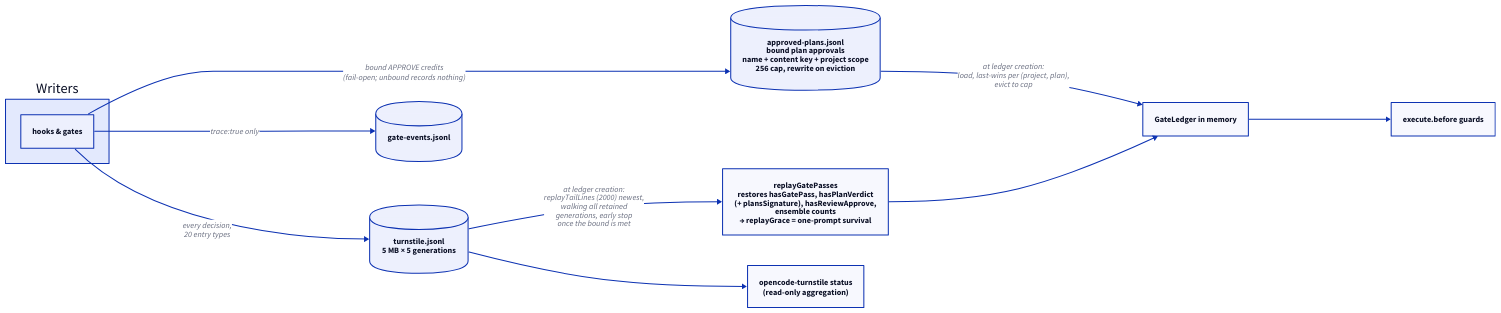
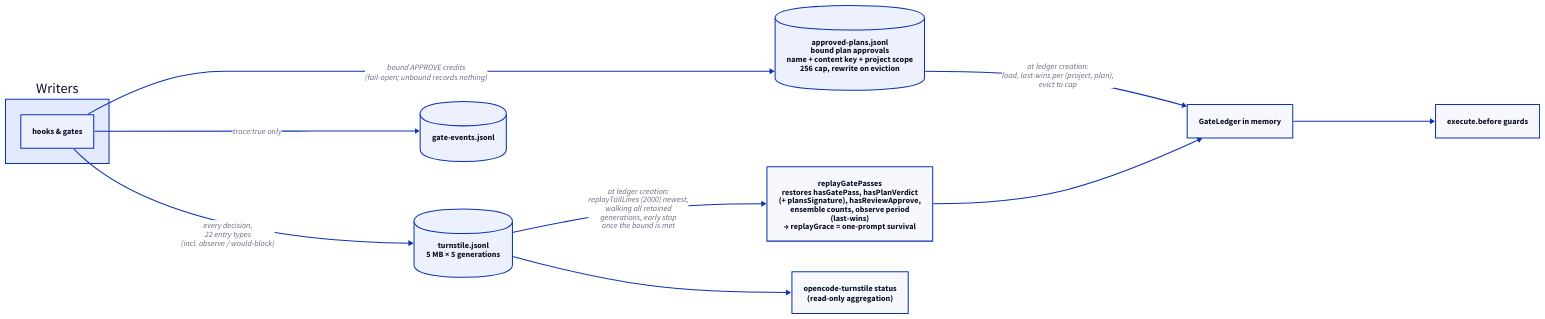
One commit to edseabolt/turnstile changed the diagram in docs/diagrams/d05-persistence.d2. Above: the diagram before and after it, drawn with D2. The commit also changed 6 other files, not shown here.

```diff
--- a/docs/diagrams/d05-persistence.d2
+++ b/docs/diagrams/d05-persistence.d2
@@ -1,29 +1,29 @@
 direction: right
 
 writers: "Writers" {
   hooks: "hooks & gates"
 }
 
 jsonl: "turnstile.jsonl\n5 MB × 5 generations" {
   shape: cylinder
 }
 trace: "gate-events.jsonl" {
   shape: cylinder
 }
 approval: "approved-plans.jsonl\nbound plan approvals\nname + content key + project scope\n256 cap, rewrite on eviction" {
   shape: cylinder
 }
 
-replay: "replayGatePasses\nrestores hasGatePass, hasPlanVerdict\n(+ plansSignature), hasReviewApprove,\nensemble counts\n→ replayGrace = one-prompt survival"
+replay: "replayGatePasses\nrestores hasGatePass, hasPlanVerdict\n(+ plansSignature), hasReviewApprove,\nensemble counts, observe period\n(last-wins)\n→ replayGrace = one-prompt survival"
 ledger: "GateLedger in memory"
 enforce: "execute.before guards"
 cli: "opencode-turnstile status\n(read-only aggregation)"
 
-writers.hooks -> jsonl: "every decision,\n20 entry types"
+writers.hooks -> jsonl: "every decision,\n22 entry types\n(incl. observe / would-block)"
 writers.hooks -> trace: "trace:true only"
 writers.hooks -> approval: "bound APPROVE credits\n(fail-open; unbound records nothing)"
 approval -> ledger: "at ledger creation:\nload, last-wins per (project, plan),\nevict to cap"
 jsonl -> replay: "at ledger creation:\nreplayTailLines (2000) newest,\nwalking all retained\ngenerations, early stop\nonce the bound is met"
 replay -> ledger
 ledger -> enforce
 jsonl -> cli
```
